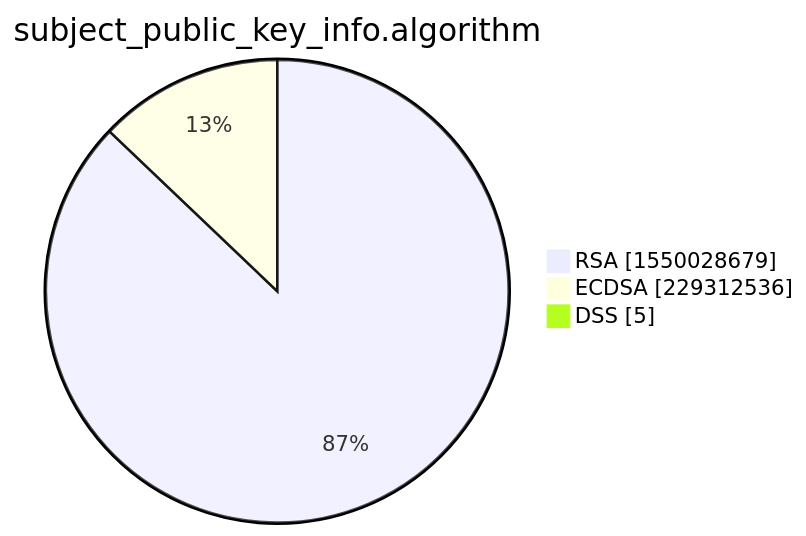
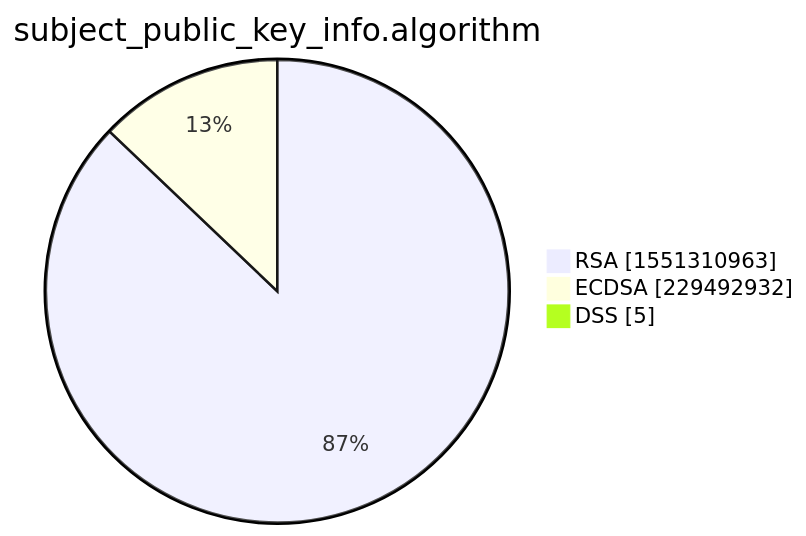
The third of 15 diagrams in xenon2022/README.md (christiankrug/ctmonitor_visualization), drawn with Mermaid before and after one commit. The commit also changed other lines of this file, not shown here.

````diff
--- a/xenon2022/README.md
+++ b/xenon2022/README.md
@@ -14,7 +14,7 @@
 ```mermaid
 pie showData
 title subject_public_key_info.algorithm
-"RSA" :1550028679
-"ECDSA" :229312536
+"RSA" :1551310963
+"ECDSA" :229492932
 "DSS" :5
 ```
````
